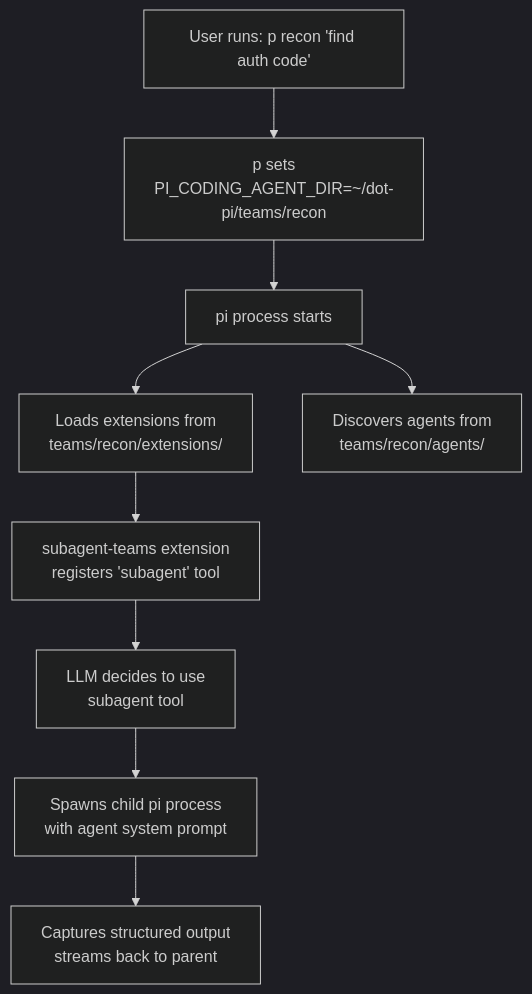
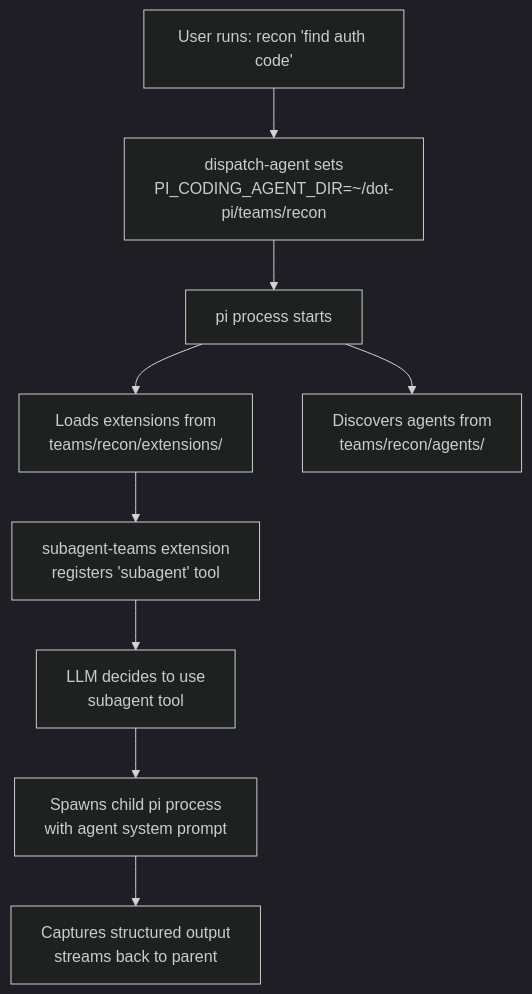
One commit to PlebeiusGaragicus/dot-pi changed the first of 3 diagrams in docs/architecture.md. Above: the diagram before and after it, drawn with Mermaid (dark theme). The commit also changed other lines of this file and 51 other files, not shown here.

Commit message:
Update .gitignore, add dispatch-agent script, and enhance installation process with new commands and configurations

````diff
--- a/docs/architecture.md
+++ b/docs/architecture.md
@@ -67,17 +67,17 @@
 ```mermaid
 graph TD
-  User["User runs: p recon 'find auth code'"]
-  Alias["p sets<br/>PI_CODING_AGENT_DIR=~/dot-pi/teams/recon"]
+  User["User runs: recon 'find auth code'"]
+  Alias["dispatch-agent sets<br/>PI_CODING_AGENT_DIR=~/dot-pi/teams/recon"]
   PiMain["pi process starts"]
   ExtLoad["Loads extensions from<br/>teams/recon/extensions/"]
   AgentDiscover["Discovers agents from<br/>teams/recon/agents/"]
   SubagentTool["subagent-teams extension<br/>registers 'subagent' tool"]
   LLM["LLM decides to use<br/>subagent tool"]
   Spawn["Spawns child pi process<br/>with agent system prompt"]
   Result["Captures structured output<br/>streams back to parent"]
 
   User --> Alias --> PiMain
   PiMain --> ExtLoad --> SubagentTool
   PiMain --> AgentDiscover
   SubagentTool --> LLM --> Spawn --> Result
 ```
````
